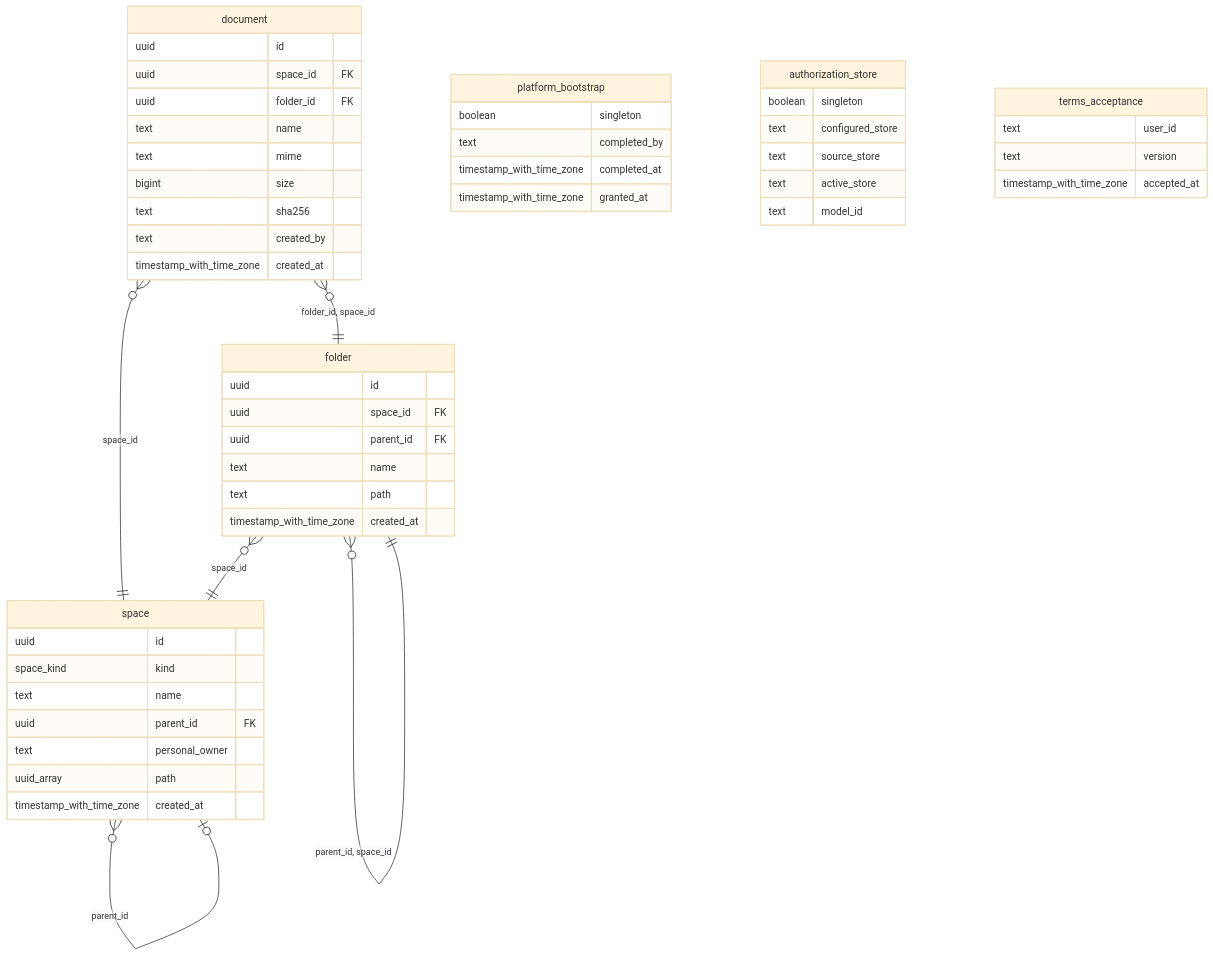
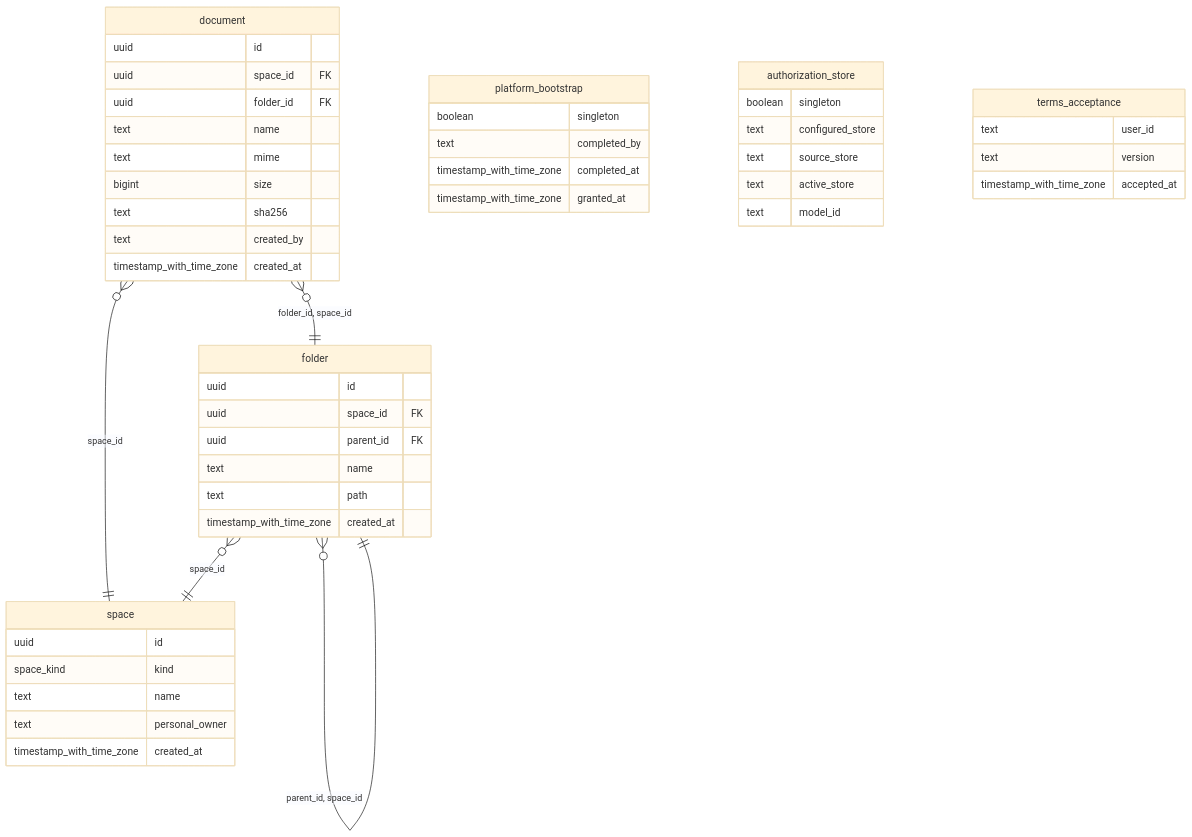
One commit to ThalesGroup/fred changed the diagram in docs/architecture/A2-manager-contracts.md. Above: the diagram before and after it, drawn with Mermaid (base theme). The commit also changed other lines of this file and 32 other files, not shown here.

````diff
--- a/docs/architecture/A2-manager-contracts.md
+++ b/docs/architecture/A2-manager-contracts.md
@@ -54,56 +54,53 @@
 ```mermaid
 erDiagram
 
-"space" }o--o| "space" : "parent_id"
 "folder" }o--|| "space" : "space_id"
 "folder" }o--|| "folder" : "parent_id, space_id"
 "document" }o--|| "space" : "space_id"
 "document" }o--|| "folder" : "folder_id, space_id"
 
 "space" {
   uuid id
   space_kind kind
   text name
-  uuid parent_id FK
   text personal_owner
-  uuid_array path
   timestamp_with_time_zone created_at
 }
 "folder" {
   uuid id
   uuid space_id FK
   uuid parent_id FK
   text name
   text path
   timestamp_with_time_zone created_at
 }
 "document" {
   uuid id
   uuid space_id FK
   uuid folder_id FK
   text name
   text mime
   bigint size
   text sha256
   text created_by
   timestamp_with_time_zone created_at
 }
 "platform_bootstrap" {
   boolean singleton
   text completed_by
   timestamp_with_time_zone completed_at
   timestamp_with_time_zone granted_at
 }
 "authorization_store" {
   boolean singleton
   text configured_store
   text source_store
   text active_store
   text model_id
 }
 "terms_acceptance" {
   text user_id
   text version
   timestamp_with_time_zone accepted_at
 }
 ```
````
